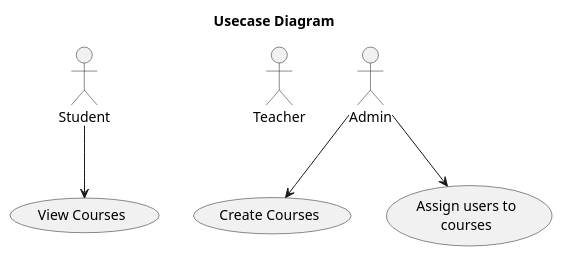
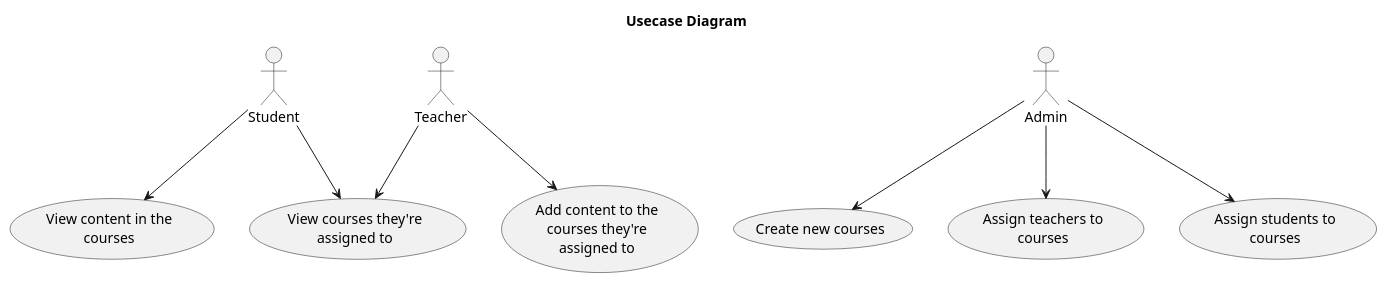
The diagram in source/usecaseDiagram.puml (lightbulb-lms/documentation), drawn with PlantUML before and after one commit.

```diff
--- a/source/usecaseDiagram.puml
+++ b/source/usecaseDiagram.puml
@@ -1,13 +1,23 @@
 @startuml
 skinparam WrapWidth 150
 title Usecase Diagram
+:Student: as s
+:Admin: as a
+:Teacher: as t
+a --> (Create new courses)
+a --> (Assign teachers to courses)
+a --> (Assign students to courses)
+t --> (View courses they're assigned to)
+t --> (Add content to the courses they're assigned to)
+s --> (View courses they're assigned to)
+s --> (View content in the courses)
 
-:Student: as s
-:Teacher: as t
-:Admin: as a
 
-a --> (Create Courses)
-a --> (Assign users to courses)
-
-s --> (View Courses)
+'Admins can create courses
+'Admins can assign teachers to courses
+'Admins can assign students to courses
+'Teachers can view courses they're assigned to
+'Teachers can add content to courses they're assigned to
+'Students can view courses they're assigned to
+'Students can view content in the courses
 @enduml
```
